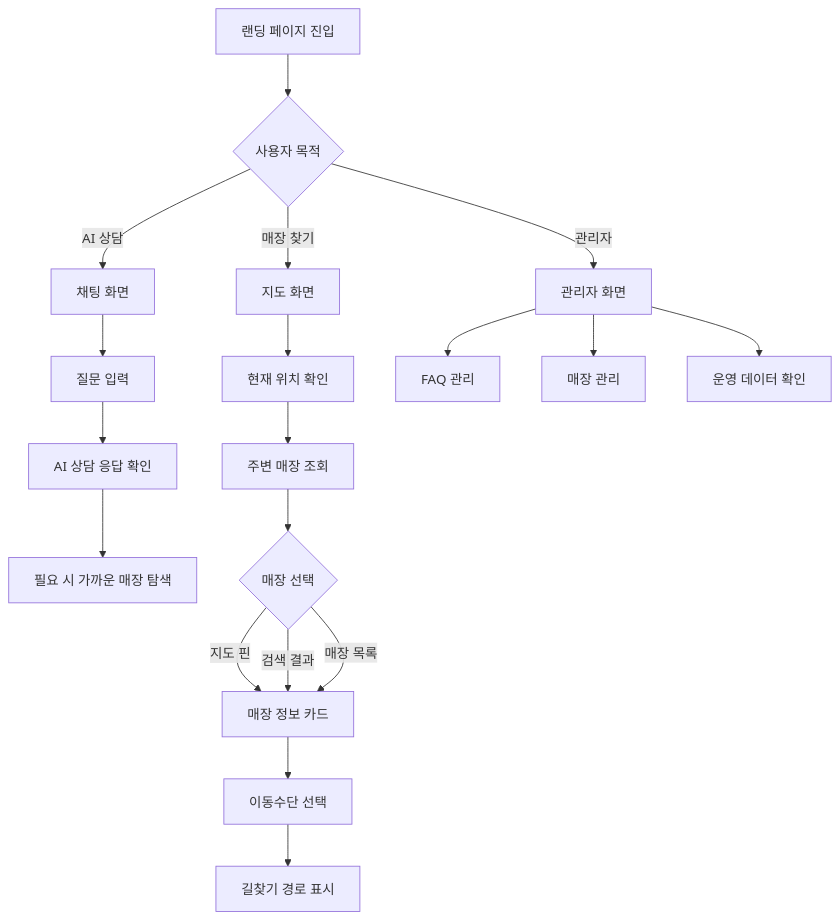
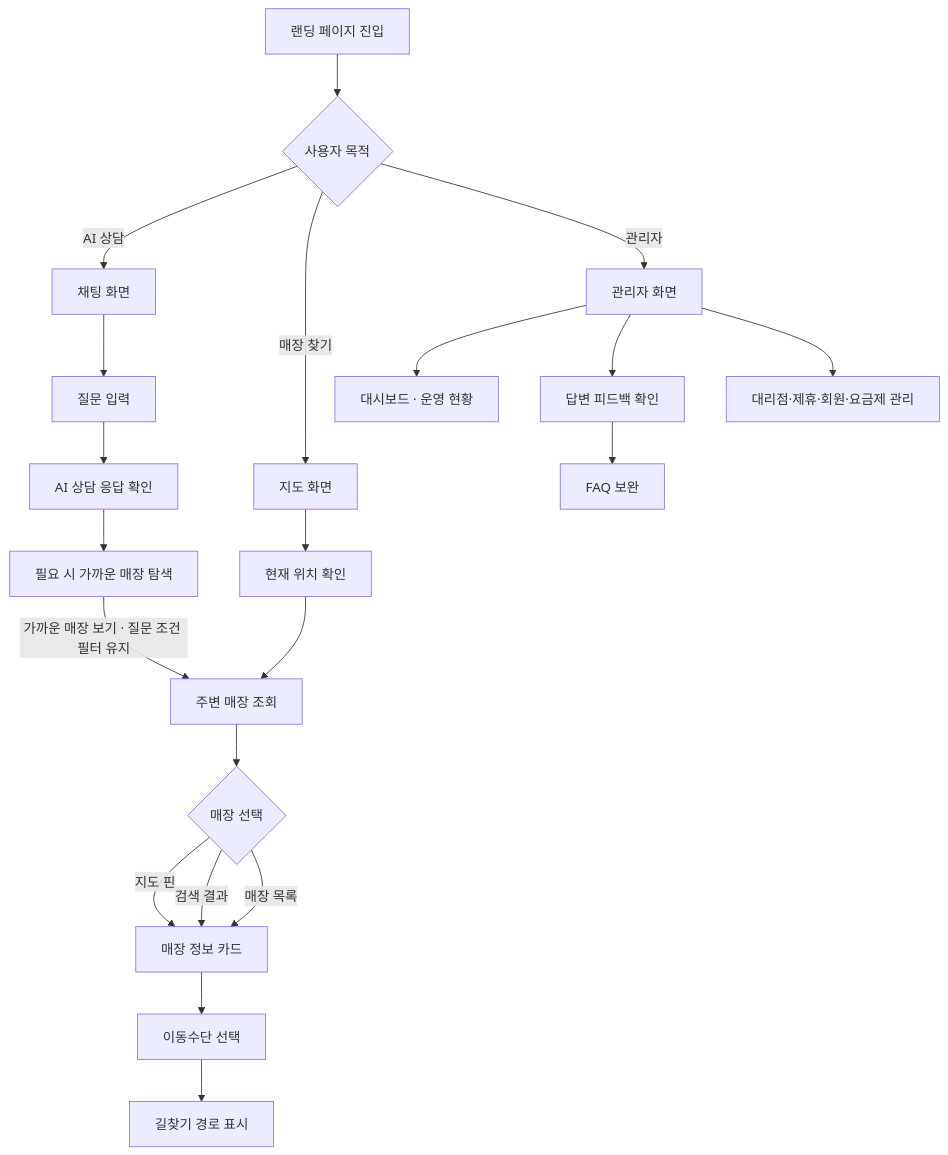
The diagram in README.md (VITA-500/Vita-FE), drawn with Mermaid before and after one commit. The commit also changed other lines of this file and 2 other files, not shown here.

````diff
--- a/README.md
+++ b/README.md
@@ -233,24 +256,27 @@
 ```mermaid
 flowchart TD
     A[랜딩 페이지 진입] --> B{사용자 목적}
     B -->|AI 상담| C[채팅 화면]
     B -->|매장 찾기| D[지도 화면]
     B -->|관리자| E[관리자 화면]
 
     C --> C1[질문 입력]
     C1 --> C2[AI 상담 응답 확인]
     C2 --> C3[필요 시 가까운 매장 탐색]
 
     D --> D1[현재 위치 확인]
     D1 --> D2[주변 매장 조회]
     D2 --> D3{매장 선택}
     D3 -->|지도 핀| D4[매장 정보 카드]
     D3 -->|검색 결과| D4
     D3 -->|매장 목록| D4
     D4 --> D5[이동수단 선택]
     D5 --> D6[길찾기 경로 표시]
 
-    E --> E1[FAQ 관리]
-    E --> E2[매장 관리]
-    E --> E3[운영 데이터 확인]
+    C3 -->|가까운 매장 보기 · 질문 조건 필터 유지| D2
+
+    E --> E1[대시보드 · 운영 현황]
+    E --> E2[답변 피드백 확인]
+    E2 --> E3[FAQ 보완]
+    E --> E4[대리점·제휴·회원·요금제 관리]
 ```
````
